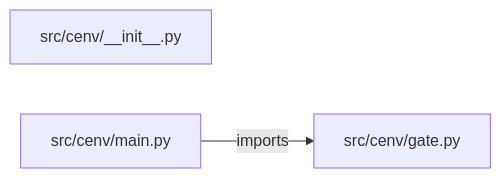
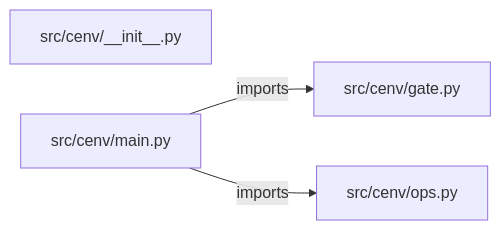
Before and after one commit to iarsingh/customer-environment-provisioning-system: the diagram in PROJECT_ARCHITECTURE.md, drawn with Mermaid. The commit also changed other lines of this file and 2 other files, not shown here.

Commit message:
Refresh architecture and interview guides from current implementation

````diff
--- a/PROJECT_ARCHITECTURE.md
+++ b/PROJECT_ARCHITECTURE.md
@@ -13,7 +13,9 @@
 ```mermaid
 flowchart LR
     M0["src/cenv/__init__.py"]
     M1["src/cenv/gate.py"]
     M2["src/cenv/main.py"]
+    M3["src/cenv/ops.py"]
     M2 -->|imports| M1
+    M2 -->|imports| M3
 ```
````
